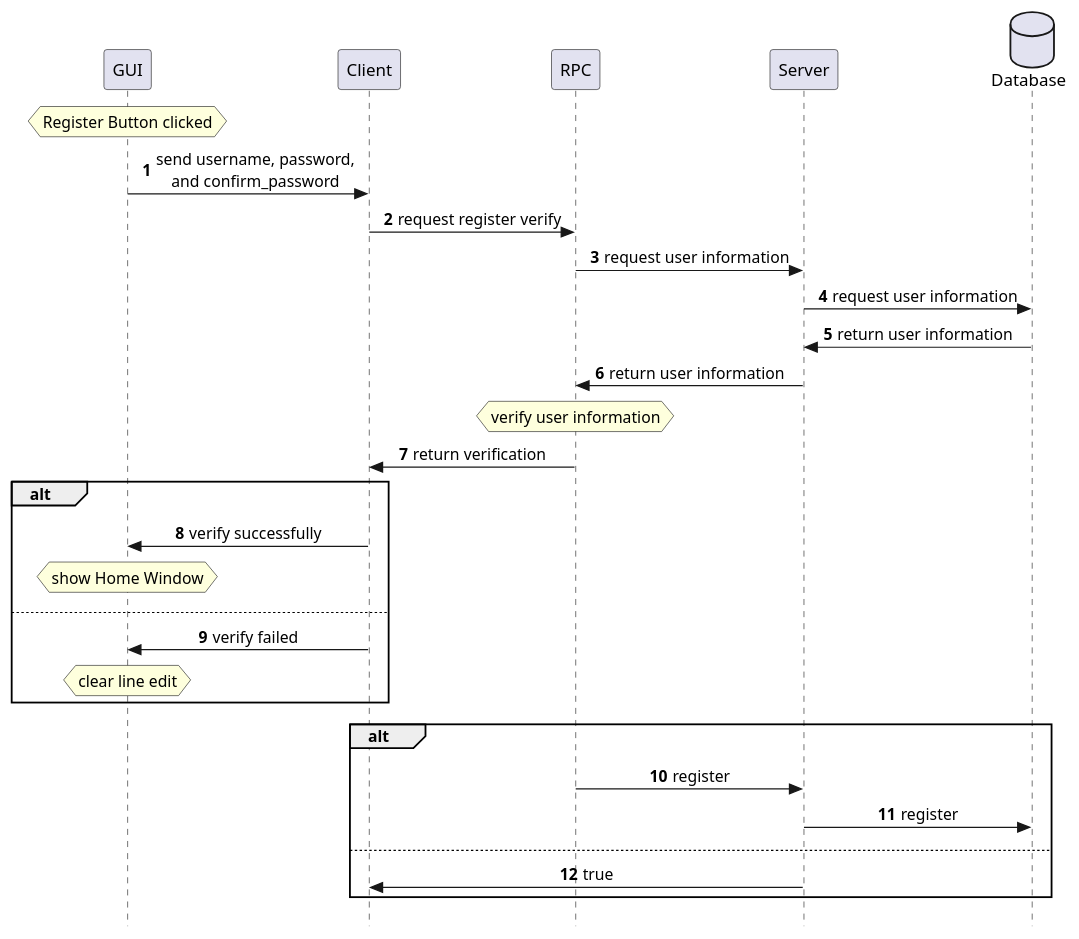
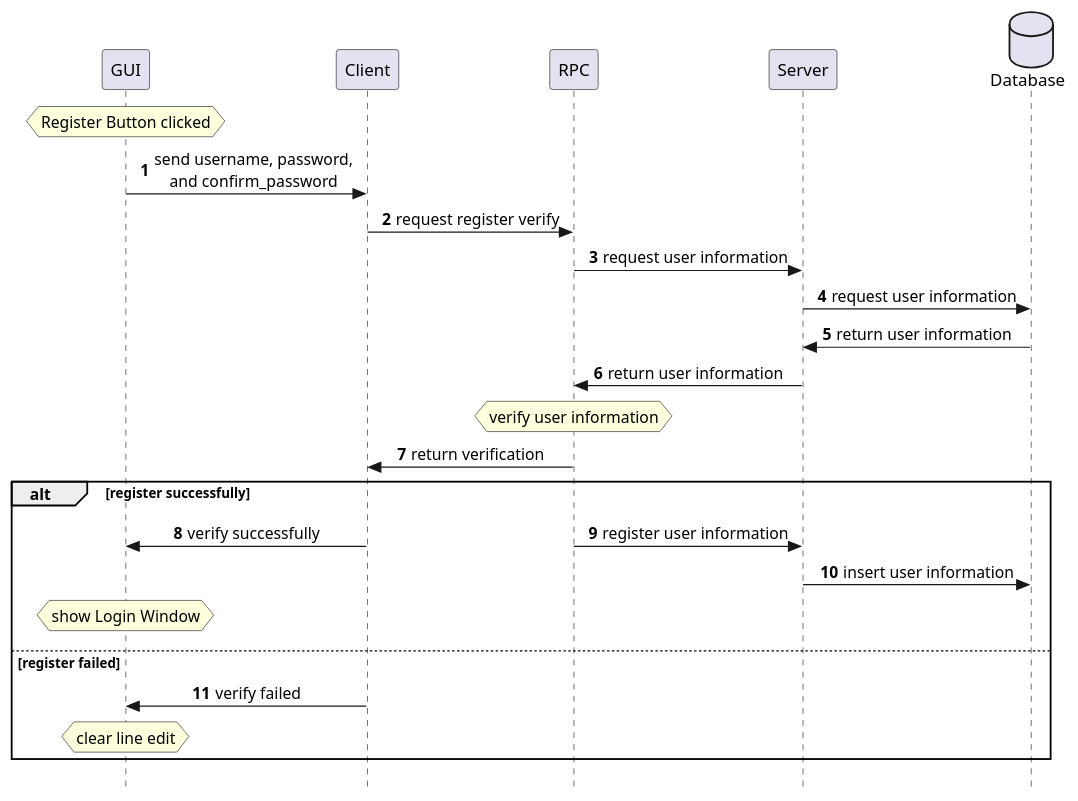
Before and after one commit to jack41402/Networking-Final: the diagram in Docs/Flow Chart/register.puml, drawn with PlantUML. The commit also changed other lines of this file and 1 other file, not shown here.

```diff
--- a/Docs/Flow Chart/register.puml
+++ b/Docs/Flow Chart/register.puml
@@ -1,38 +1,35 @@
 @startuml
 'https://plantuml.com/sequence-diagram
 skinparam sequenceMessageAlign center
 skinparam responseMessageBelowArrow false
 skinparam style strictuml
 hide unlinked
 !pragma teoz true
 autonumber
 
 database "Database" as sql order 4
 participant "Server" as server order 3
 participant "RPC" as rpc order 2
 participant "Client" as client order 1
 participant "GUI" as gui order 0
 
 hnote over gui: Register Button clicked
 gui -> client: send username, password,\nand confirm_password
 client -> rpc: request register verify
 rpc -> server: request user information
 server -> sql: request user information
 server <- sql: return user information
 rpc <- server: return user information
 hnote over rpc: verify user information
 client <- rpc: return verification
-alt
+alt register successfully
     gui <- client: verify successfully
-    hnote over gui: show Home Window
-else
+    &rpc -> server: register user information
+    server -> sql: insert user information
+    hnote over gui: show Login Window
+else register failed
     gui <- client: verify failed
     hnote over gui: clear line edit
 end
-alt
-    rpc -> server: register
-    server -> sql: register
-else
-    server -> client: true
-end
+
 @enduml
```
